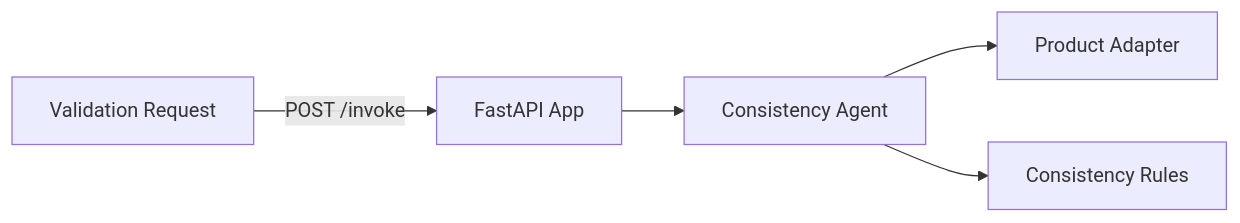
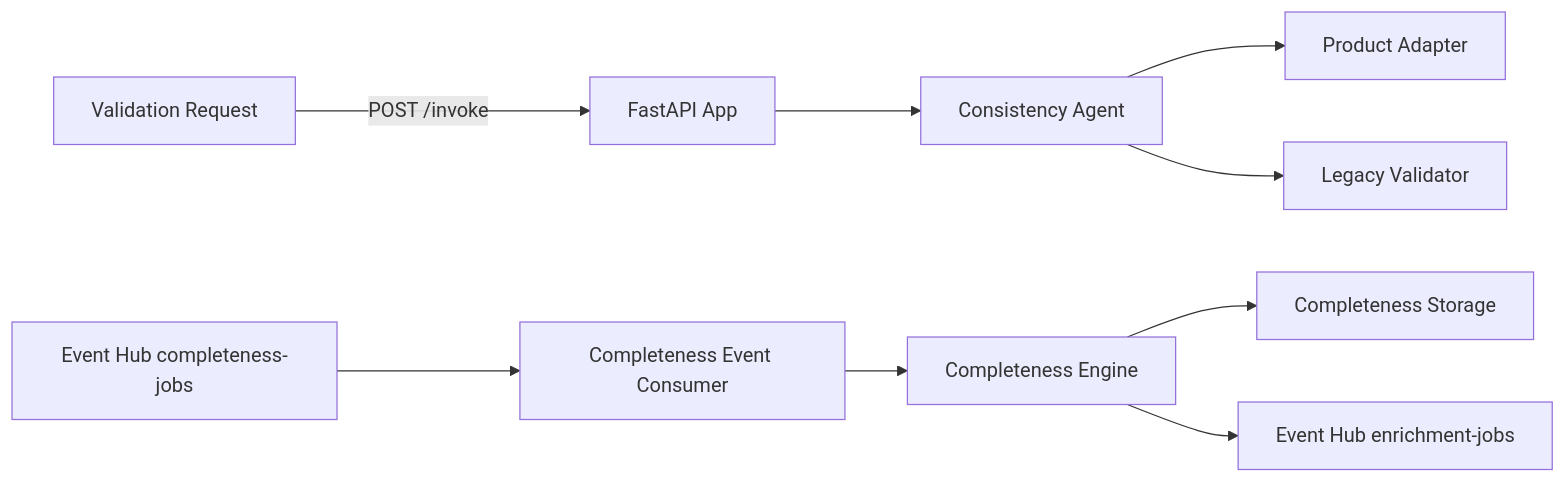
Before and after one commit to Azure-Samples/holiday-peak-hub: the diagram in docs/architecture/components/apps/product-management-consistency-validation.md, drawn with Mermaid. The commit also changed other lines of this file and 3 other files, not shown here.

Commit message:
docs: reflect schema-driven completeness engine delivery

````diff
--- a/docs/architecture/components/apps/product-management-consistency-validation.md
+++ b/docs/architecture/components/apps/product-management-consistency-validation.md
@@ -13,7 +17,11 @@
 ```mermaid
 graph LR
     Client[Validation Request] -->|POST /invoke| API[FastAPI App]
     API --> Agent[Consistency Agent]
     Agent --> Products[Product Adapter]
-    Agent --> Validator[Consistency Rules]
+    Agent --> Validator[Legacy Validator]
+    EH[Event Hub completeness-jobs] --> Consumer[Completeness Event Consumer]
+    Consumer --> Engine[Completeness Engine]
+    Engine --> Cosmos[Completeness Storage]
+    Engine --> EH2[Event Hub enrichment-jobs]
 ```
````
